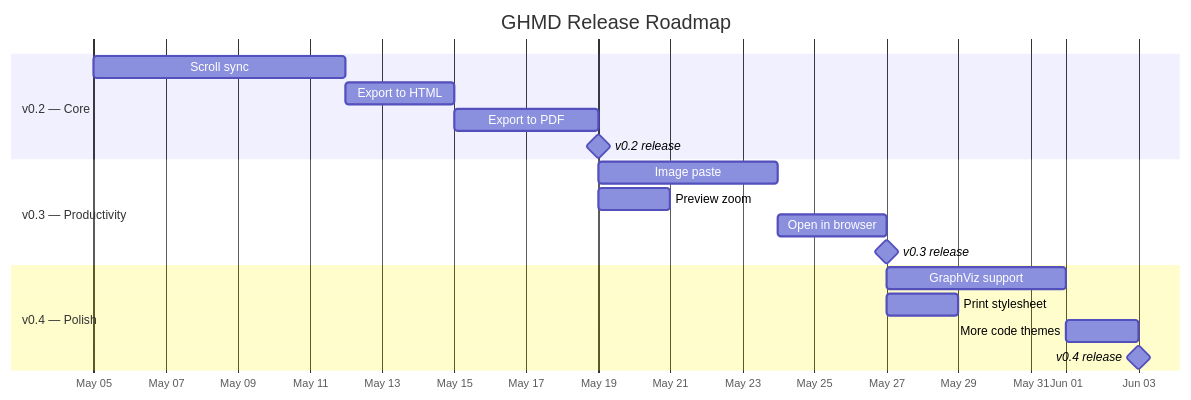
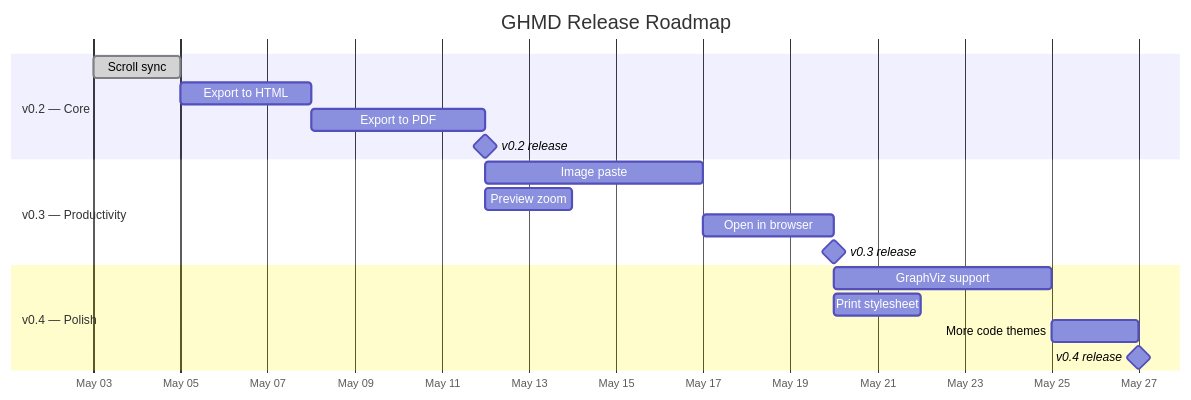
Before and after one commit to Ubpa/ghmd: the second of 2 diagrams in docs/todo.md, drawn with Mermaid. The commit also changed other lines of this file, not shown here.

Commit message:
docs: update todo — mark scroll sync as done

````diff
--- a/docs/todo.md
+++ b/docs/todo.md
@@ -181,24 +161,24 @@
 ```mermaid
 gantt
     title GHMD Release Roadmap
     dateFormat YYYY-MM-DD
     axisFormat %b %d
 
     section v0.2 — Core
-    Scroll sync           :a1, 2026-05-05, 7d
-    Export to HTML         :a2, after a1, 3d
+    Scroll sync           :done, a1, 2026-05-03, 2d
+    Export to HTML         :a2, 2026-05-05, 3d
     Export to PDF          :a3, after a2, 4d
     v0.2 release           :milestone, after a3, 0d
 
     section v0.3 — Productivity
     Image paste           :b1, after a3, 5d
     Preview zoom          :b2, after a3, 2d
     Open in browser       :b3, after b1, 3d
     v0.3 release           :milestone, after b3, 0d
 
     section v0.4 — Polish
     GraphViz support      :c1, after b3, 5d
     Print stylesheet      :c2, after b3, 2d
     More code themes      :c3, after c1, 2d
     v0.4 release           :milestone, after c3, 0d
 ```
````
